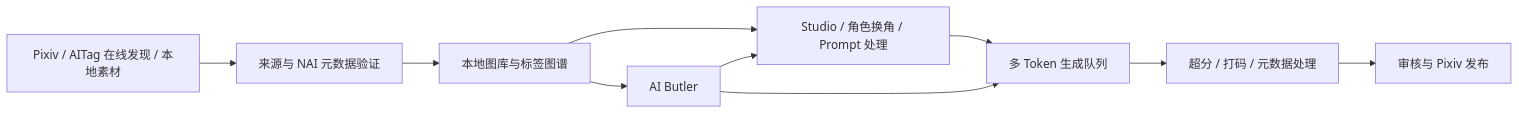
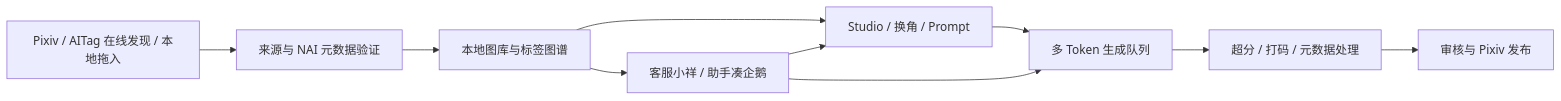
One commit to h1neolzr7f/NaiXueZhang-Studio changed the diagram in README.md. Above: the diagram before and after it, drawn with Mermaid. The commit also changed other lines of this file, not shown here.

````diff
--- a/README.md
+++ b/README.md
@@ -52,12 +88,12 @@
 ```mermaid
 flowchart LR
-    A[Pixiv / AITag 在线发现 / 本地素材] --> B[来源与 NAI 元数据验证]
+    A[Pixiv / AITag 在线发现 / 本地拖入] --> B[来源与 NAI 元数据验证]
     B --> C[本地图库与标签图谱]
-    C --> D[Studio / 角色换角 / Prompt 处理]
+    C --> D[Studio / 换角 / Prompt]
     D --> E[多 Token 生成队列]
     E --> F[超分 / 打码 / 元数据处理]
     F --> G[审核与 Pixiv 发布]
-    C --> H[AI Butler]
+    C --> H[客服小祥 / 助手凑企鹅]
     H --> D
     H --> E
 ```
````
